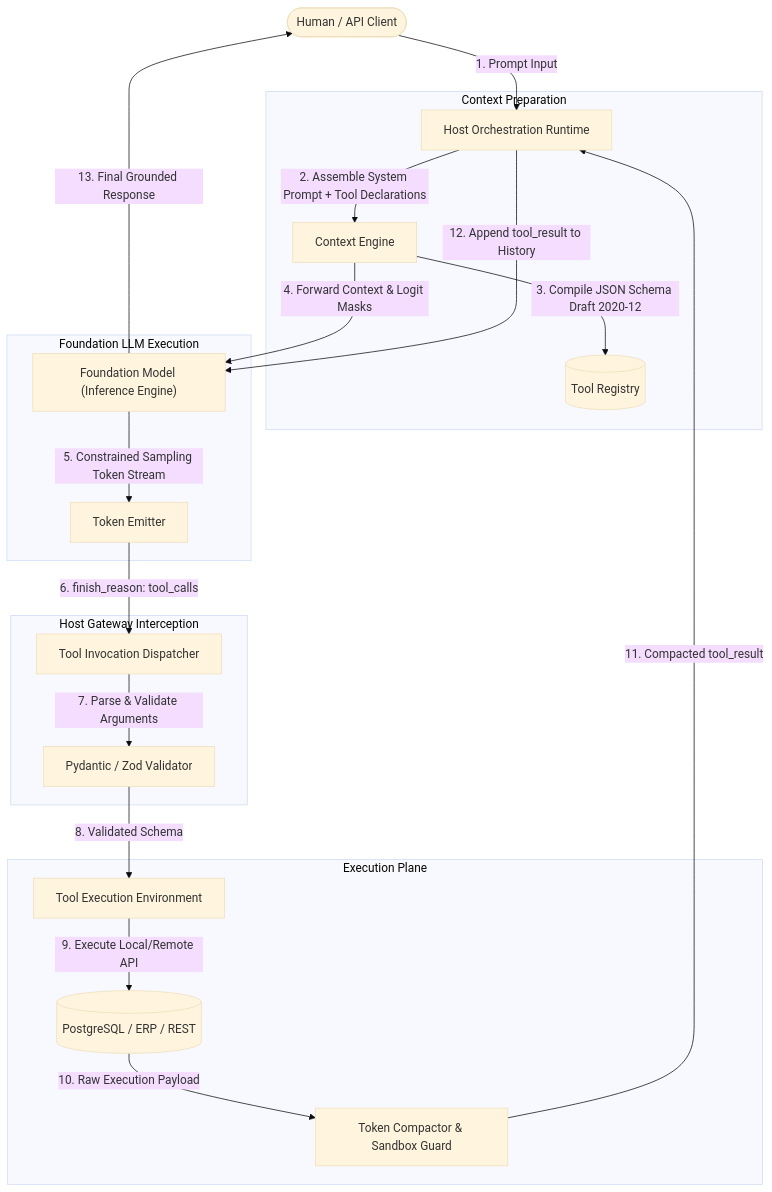
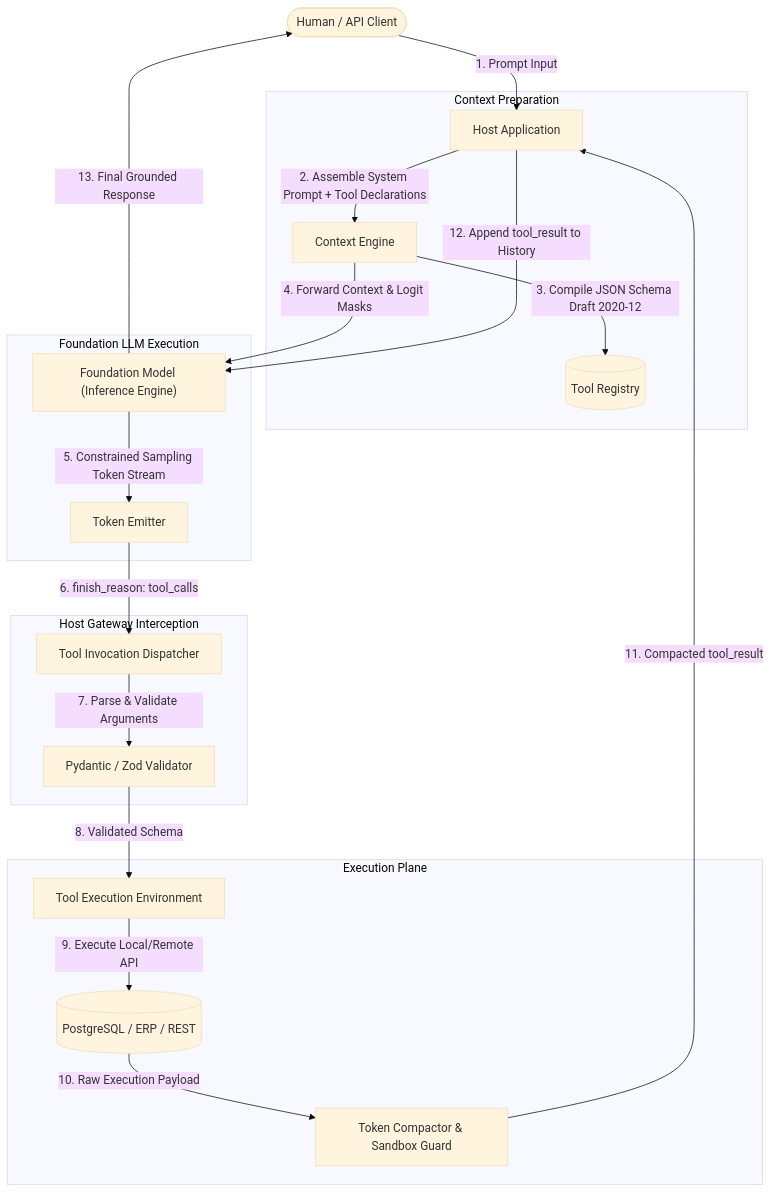
One commit to dip4k/senior-engineer-to-ai-engineer-roadmap changed the diagram in 03-tools-and-model-context-protocol/01-function-calling-and-json-rpc-wire-protocols.md. Above: the diagram before and after it, drawn with Mermaid (base theme). The commit also changed other lines of this file and 59 other files, not shown here.

````diff
--- a/03-tools-and-model-context-protocol/01-function-calling-and-json-rpc-wire-protocols.md
+++ b/03-tools-and-model-context-protocol/01-function-calling-and-json-rpc-wire-protocols.md
@@ -46,29 +46,29 @@
 ```mermaid
 flowchart TD
-    User(["Human / API Client"]) -->|1. Prompt Input| Host["Host Orchestration Runtime"]
+    User(["Human / API Client"]) -->|1. Prompt Input| Host["Host Application"]
     
     subgraph ContextAssembly["Context Preparation"]
         Host -->|2. Assemble System Prompt + Tool Declarations| PromptBuilder["Context Engine"]
         PromptBuilder -->|3. Compile JSON Schema Draft 2020-12| ToolSchemas[("Tool Registry")]
     end
     
     subgraph ModelInference["Foundation LLM Execution"]
         PromptBuilder -->|4. Forward Context & Logit Masks| LLM["Foundation Model (Inference Engine)"]
         LLM -->|5. Constrained Sampling Token Stream| TokenStream["Token Emitter"]
     end
     
     subgraph Interception["Host Gateway Interception"]
         TokenStream -->|6. finish_reason: tool_calls| Dispatcher["Tool Invocation Dispatcher"]
         Dispatcher -->|7. Parse & Validate Arguments| Validator["Pydantic / Zod Validator"]
     end
     
     subgraph ExecutionPlane["Execution Plane"]
         Validator -->|8. Validated Schema| Sandbox["Tool Execution Environment"]
         Sandbox -->|9. Execute Local/Remote API| ExternalAPI[("PostgreSQL / ERP / REST")]
         ExternalAPI -->|10. Raw Execution Payload| Compactor["Token Compactor & Sandbox Guard"]
     end
     
     Compactor -->|11. Compacted tool_result| Host
     Host -->|12. Append tool_result to History| LLM
     LLM -->|13. Final Grounded Response| User
 ```
````
